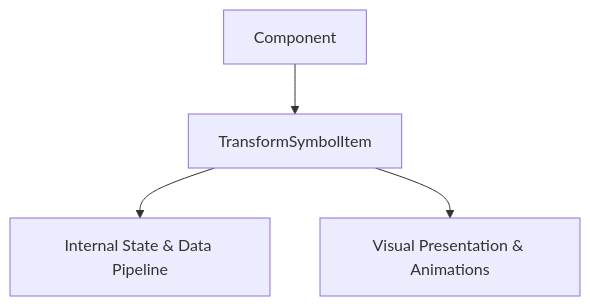
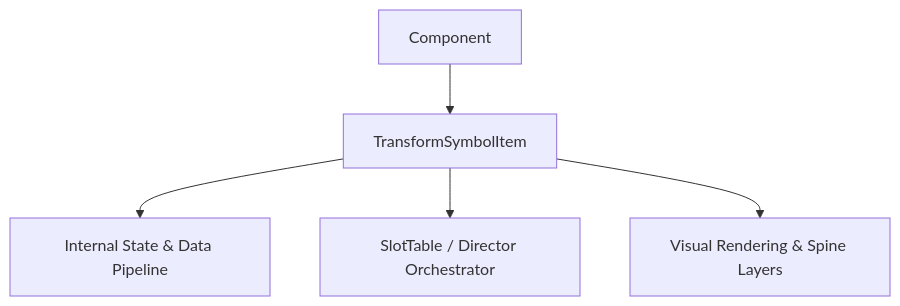
One commit to lam-ark/mcp-fwcc changed the diagram in docs/cc_slot_mechanics/modules/TransformSymbolItem/01_overview/01_architecture_and_role.md. Above: the diagram before and after it, drawn with Mermaid. The commit also changed other lines of this file and 2509 other files, not shown here.

````diff
--- a/docs/cc_slot_mechanics/modules/TransformSymbolItem/01_overview/01_architecture_and_role.md
+++ b/docs/cc_slot_mechanics/modules/TransformSymbolItem/01_overview/01_architecture_and_role.md
@@ -18,6 +24,7 @@
 ```mermaid
 graph TD
-    Parent[Component] --> Mod[TransformSymbolItem]
-    Mod --> State[Internal State & Data Pipeline]
-    Mod --> Render[Visual Presentation & Animations]
+    SuperClass[Component] --> TargetClass[TransformSymbolItem]
+    TargetClass --> DataPipeline[Internal State & Data Pipeline]
+    TargetClass --> Orchestrator[SlotTable / Director Orchestrator]
+    TargetClass --> ViewLayer[Visual Rendering & Spine Layers]
 ```
````
